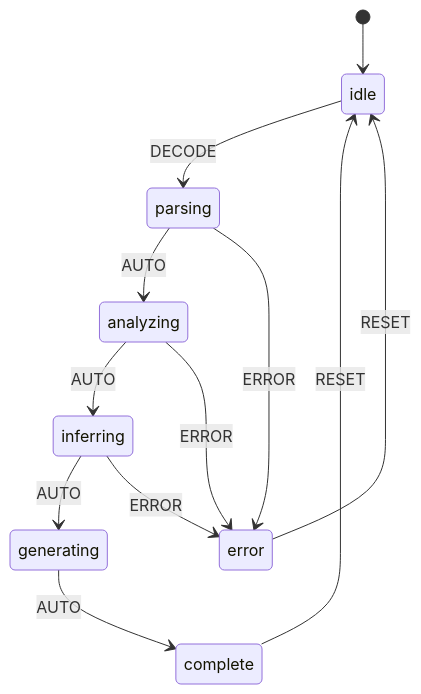
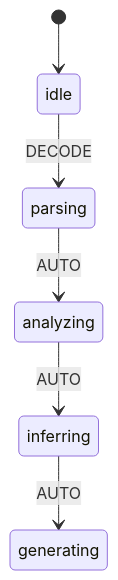
One commit to rhCat/lpp changed the diagram in utils/logic_decoder/README.md. Above: the diagram before and after it, drawn with Mermaid. The commit also changed other lines of this file and 253 other files, not shown here.

````diff
--- a/utils/logic_decoder/README.md
+++ b/utils/logic_decoder/README.md
@@ -19,15 +19,9 @@
 ```mermaid
 stateDiagram-v2
     %% L++ State Diagram: Python Logic Decoder
     [*] --> idle
     idle --> parsing : DECODE
     parsing --> analyzing : AUTO
     analyzing --> inferring : AUTO
     inferring --> generating : AUTO
-    generating --> complete : AUTO
-    parsing --> error : ERROR
-    analyzing --> error : ERROR
-    inferring --> error : ERROR
-    complete --> idle : RESET
-    error --> idle : RESET
 ```
````
